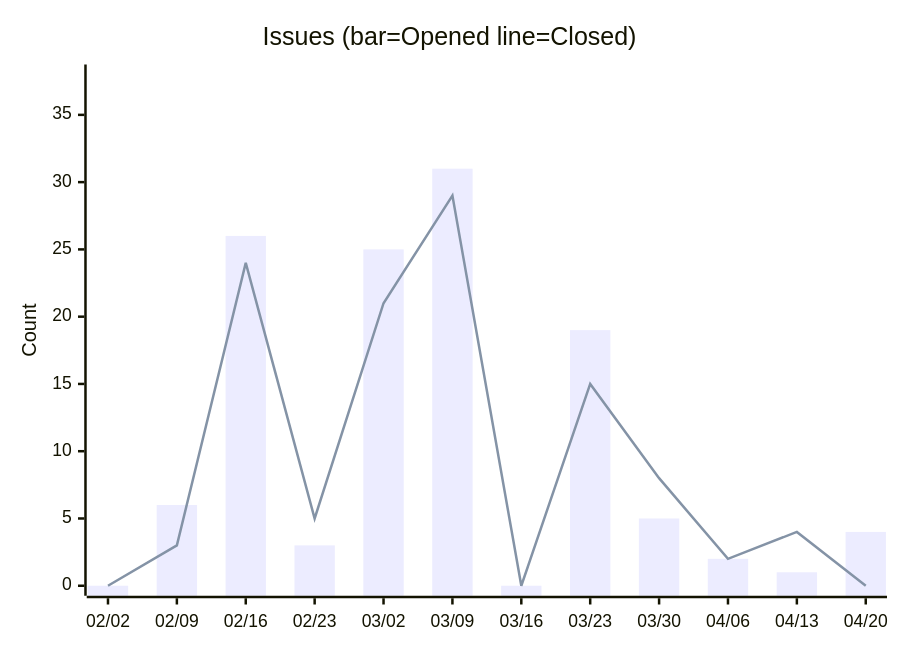
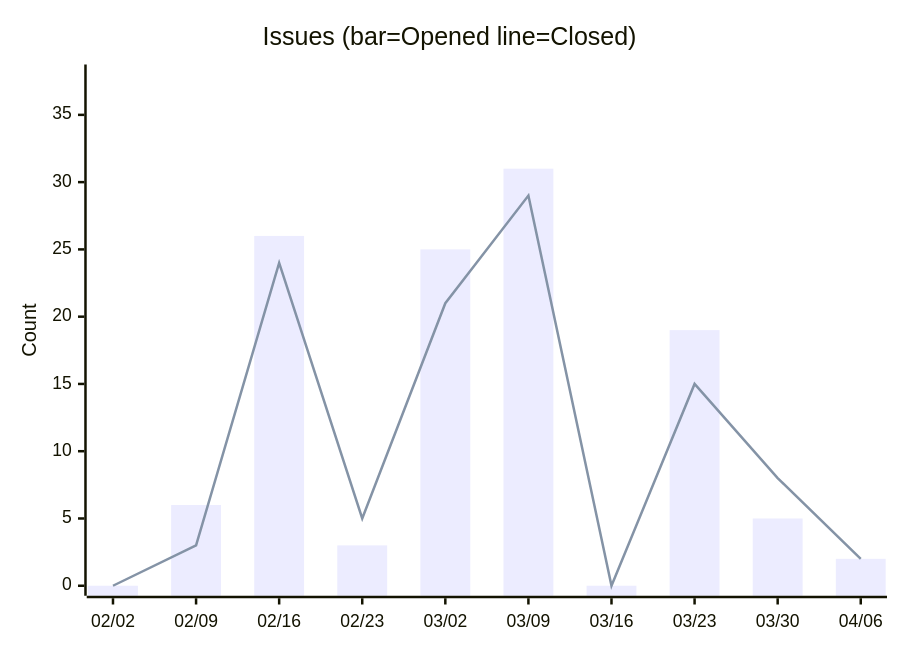
One commit to nablarch/nabledge-dev changed the fifth of 14 diagrams in docs/metrics.md. Above: the diagram before and after it, drawn with Mermaid. The commit also changed other lines of this file and 13372 other files, not shown here.

````diff
--- a/docs/metrics.md
+++ b/docs/metrics.md
@@ -91,8 +91,8 @@
 ```mermaid
 xychart-beta
   title "Issues (bar=Opened  line=Closed)"
-  x-axis ["02/02", "02/09", "02/16", "02/23", "03/02", "03/09", "03/16", "03/23", "03/30", "04/06", "04/13", "04/20"]
+  x-axis ["02/02", "02/09", "02/16", "02/23", "03/02", "03/09", "03/16", "03/23", "03/30", "04/06"]
   y-axis "Count" 0 --> 38
-  bar [0, 6, 26, 3, 25, 31, 0, 19, 5, 2, 1, 4]
-  line [0, 3, 24, 5, 21, 29, 0, 15, 8, 2, 4, 0]
+  bar [0, 6, 26, 3, 25, 31, 0, 19, 5, 2]
+  line [0, 3, 24, 5, 21, 29, 0, 15, 8, 2]
 ```
````
